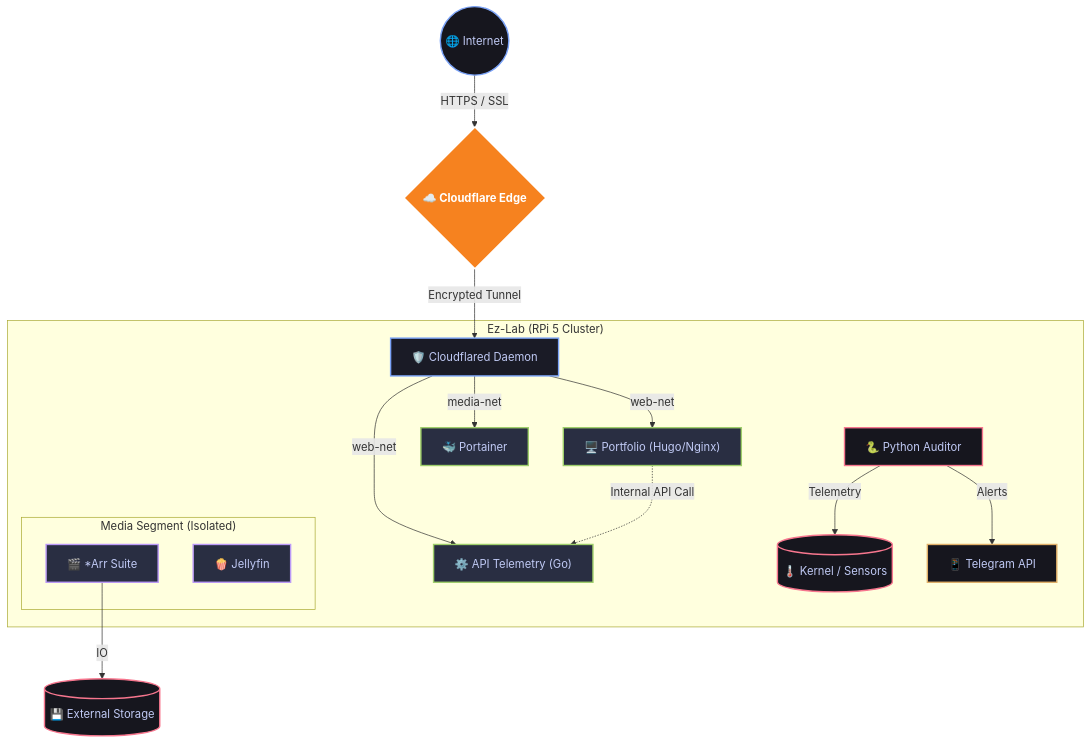
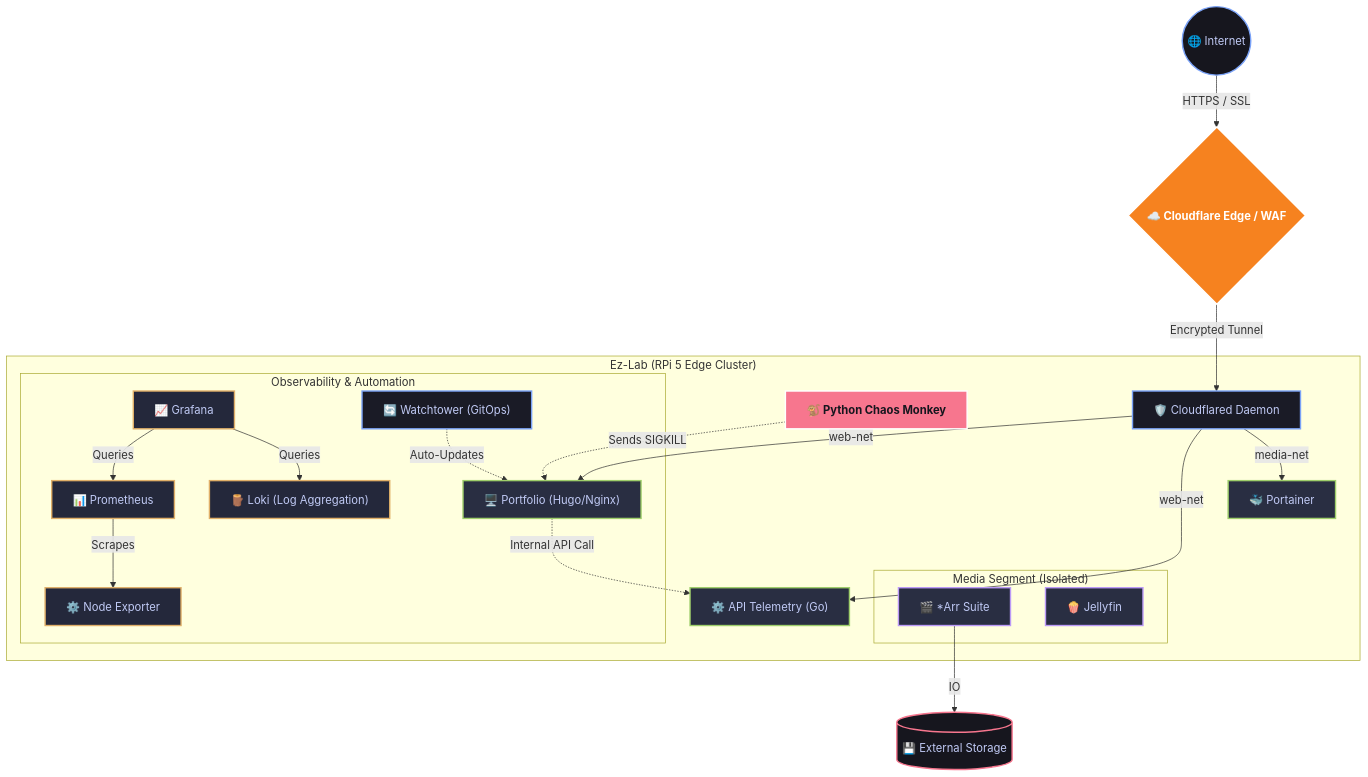
Before and after one commit to ezequieldlv/ez-lab: the diagram in README.md, drawn with Mermaid. The commit also changed other lines of this file, not shown here.

First line of the commit message:
Revise README for project overview and architecture

````diff
--- a/README.md
+++ b/README.md
@@ -18,32 +18,39 @@
 ```mermaid
 graph TD
     %% Custom Colors (SRE Dark Theme)
     classDef internet fill:#16161e,stroke:#7aa2f7,stroke-width:2px,color:#c0caf5
     classDef cf fill:#f6821f,stroke:#fff,stroke-width:2px,color:#fff,font-weight:bold
     classDef daemon fill:#1a1b26,stroke:#7aa2f7,stroke-width:2px,color:#c0caf5
     classDef app fill:#292e42,stroke:#9ece6a,stroke-width:2px,color:#c0caf5
     classDef media fill:#292e42,stroke:#bb9af7,stroke-width:2px,color:#c0caf5
     classDef hw fill:#16161e,stroke:#f7768e,stroke-width:2px,color:#c0caf5
-    classDef alert fill:#16161e,stroke:#e0af68,stroke-width:2px,color:#c0caf5
+    classDef obs fill:#24283b,stroke:#e0af68,stroke-width:2px,color:#c0caf5
+    classDef chaos fill:#f7768e,stroke:#fff,stroke-width:2px,color:#16161e,font-weight:bold
 
-    User((🌐 Internet)):::internet -->|HTTPS / SSL| Cloudflare{☁️ Cloudflare Edge}:::cf
+    User((🌐 Internet)):::internet -->|HTTPS / SSL| Cloudflare{☁️ Cloudflare Edge / WAF}:::cf
     Cloudflare -->|Encrypted Tunnel| Cloudflared[🛡️ Cloudflared Daemon]:::daemon
     
-    subgraph "Ez-Lab (RPi 5 Cluster)"
+    subgraph "Ez-Lab (RPi 5 Edge Cluster)"
         Cloudflared -->|web-net| Frontend["🖥️ Portfolio (Hugo/Nginx)"]:::app
         Cloudflared -->|web-net| Backend["⚙️ API Telemetry (Go)"]:::app
         Cloudflared -->|media-net| Portainer["🐳 Portainer"]:::app
         
         Frontend -.->|Internal API Call| Backend
         
         subgraph "Media Segment (Isolated)"
             ArrStack["🎬 *Arr Suite"]:::media
             Jellyfin["🍿 Jellyfin"]:::media
         end
         
-        Auditor["🐍 Python Auditor"]:::hw -->|Telemetry| OS[("🌡️ Kernel / Sensors")]:::hw
-        Auditor -->|Alerts| Telegram["📱 Telegram API"]:::alert
+        subgraph "Observability & Automation"
+            Prometheus["📊 Prometheus"]:::obs -->|Scrapes| NodeExporter["⚙️ Node Exporter"]:::obs
+            Grafana["📈 Grafana"]:::obs -->|Queries| Prometheus
+            Grafana -->|Queries| Loki["🪵 Loki (Log Aggregation)"]:::obs
+            Watchtower["🔄 Watchtower (GitOps)"]:::daemon -.->|Auto-Updates| Frontend
+        end
+
+        Chaos["🐒 Python Chaos Monkey"]:::chaos -.->|Sends SIGKILL| Frontend
     end
     
     ArrStack -->|IO| HDD[("💾 External Storage")]:::hw
 ```
````
